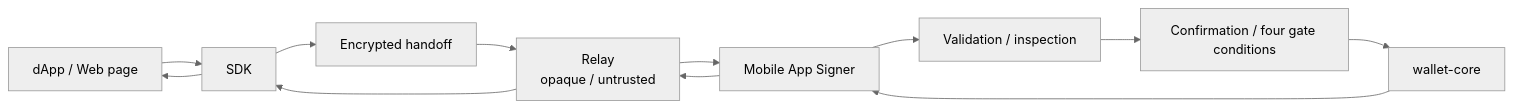
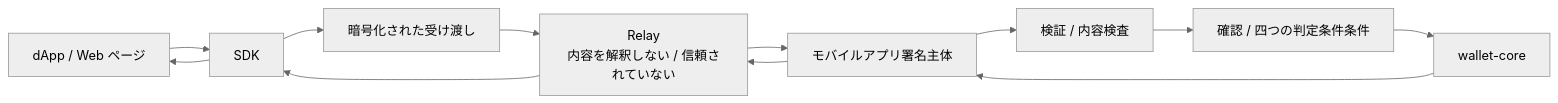
The second of 2 diagrams in docs/design/signing-flow.md (MosaicLynx/MosaicLynx), drawn with Mermaid (neutral theme) before and after one commit. The commit also changed other lines of this file and 135 other files, not shown here.

````diff
--- a/docs/design/signing-flow.md
+++ b/docs/design/signing-flow.md
@@ -519,14 +519,14 @@
 ```mermaid
 flowchart LR
-    D[dApp / Web page] --> S[SDK]
-    S --> E[Encrypted handoff]
-    E --> R[Relay<br/>opaque / untrusted]
-    R --> M[Mobile App Signer]
-    M --> C[Validation / inspection]
-    C --> U[Confirmation / four gate conditions]
+    D[dApp / Web ページ] --> S[SDK]
+    S --> E[暗号化された受け渡し]
+    E --> R[Relay<br/>内容を解釈しない / 信頼されていない]
+    R --> M[モバイルアプリ署名主体]
+    M --> C[検証 / 内容検査]
+    C --> U[確認 / 四つの判定条件条件]
     U --> W[wallet-core]
     W --> M
     M --> R
     R --> S
     S --> D
 ```
````
